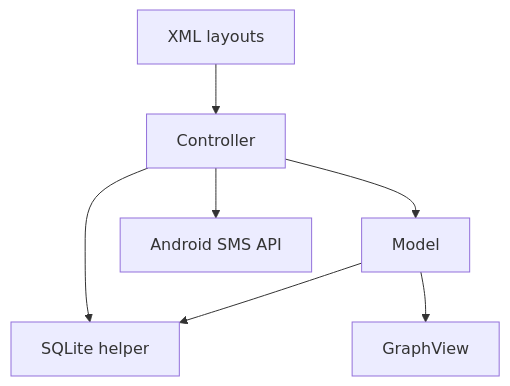
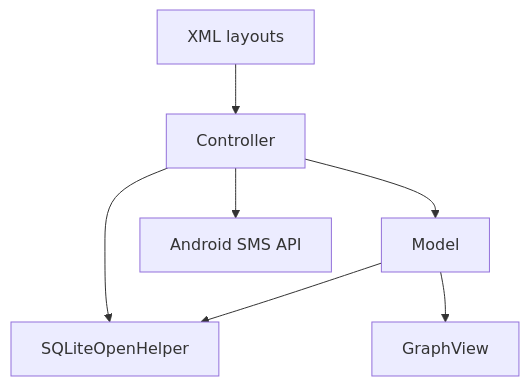
Before and after one commit to mf0zz13-SNHU-School-Work/CS-360: the diagram in README.md, drawn with Mermaid. The commit also changed other lines of this file, not shown here.

````diff
--- a/README.md
+++ b/README.md
@@ -48,9 +35,9 @@
 ```mermaid
 flowchart TD
     V["XML layouts"] --> C["Controller"]
     C --> M["Model"]
-    C --> D["SQLite helper"]
+    C --> D["SQLiteOpenHelper"]
     M --> D
     M --> G["GraphView"]
     C --> S["Android SMS API"]
 ```
````
